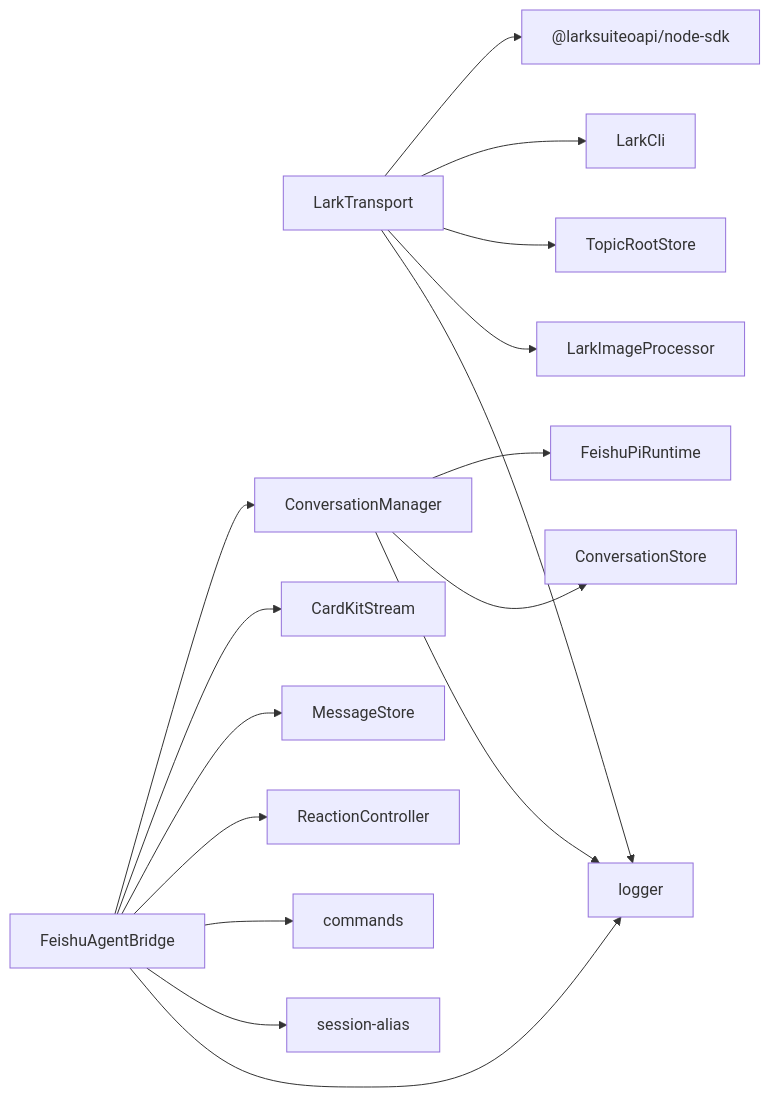
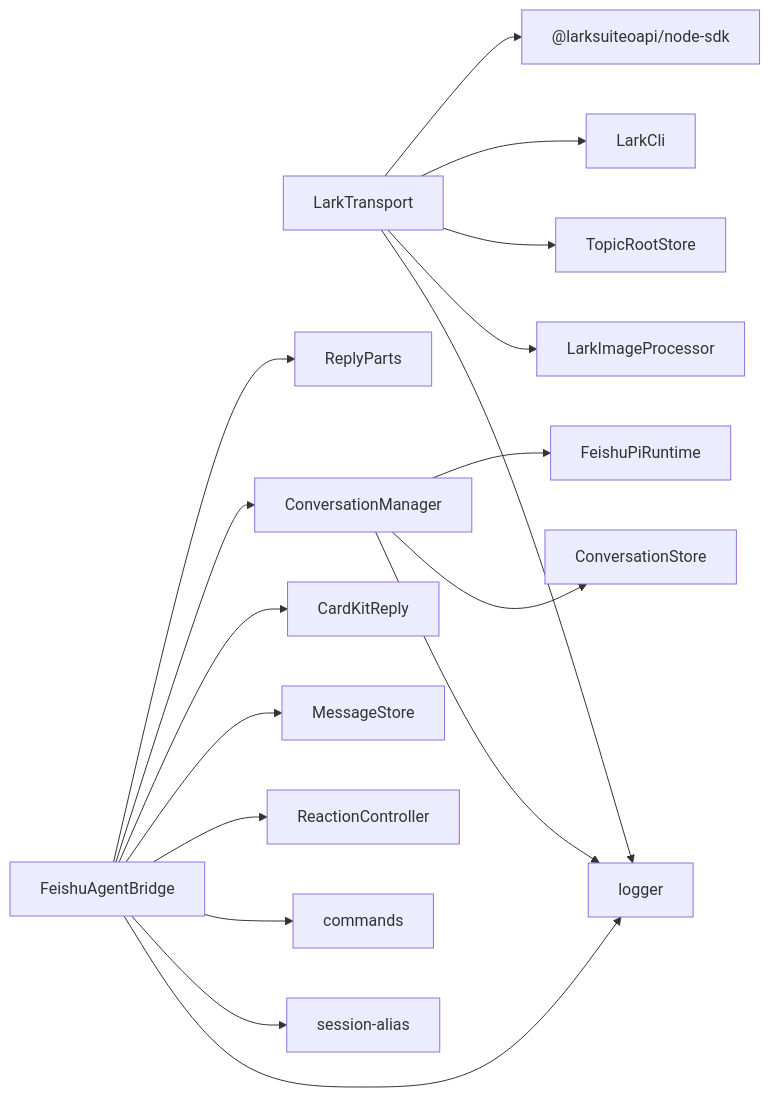
The sixth of 6 diagrams in .qoder/repowiki/zh/content/架构设计/核心组件/消息桥接层.md (HeXiaoShu520/feishu-pi), drawn with Mermaid before and after one commit. The commit also changed other lines of this file and 47 other files, not shown here.

````diff
--- a/.qoder/repowiki/zh/content/架构设计/核心组件/消息桥接层.md
+++ b/.qoder/repowiki/zh/content/架构设计/核心组件/消息桥接层.md
@@ -294,18 +395,19 @@
 ```mermaid
 graph LR
 LT["LarkTransport"] --> SDK["@larksuiteoapi/node-sdk"]
 LT --> CLI["LarkCli"]
 LT --> TRS["TopicRootStore"]
 LT --> IMG["LarkImageProcessor"]
 LT --> LOG["logger"]
-AB["FeishuAgentBridge"] --> CM["ConversationManager"]
-AB --> CKS["CardKitStream"]
+AB["FeishuAgentBridge"] --> RP["ReplyParts"]
+AB --> CM["ConversationManager"]
+AB --> CKR["CardKitReply"]
 AB --> MS["MessageStore"]
 AB --> RC["ReactionController"]
 AB --> CMD["commands"]
 AB --> SA["session-alias"]
 AB --> LOG
 CM --> RT["FeishuPiRuntime"]
 CM --> CS["ConversationStore"]
 CM --> LOG
 ```
````
